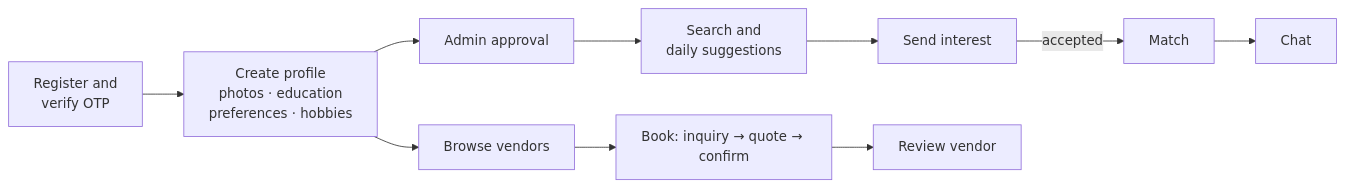
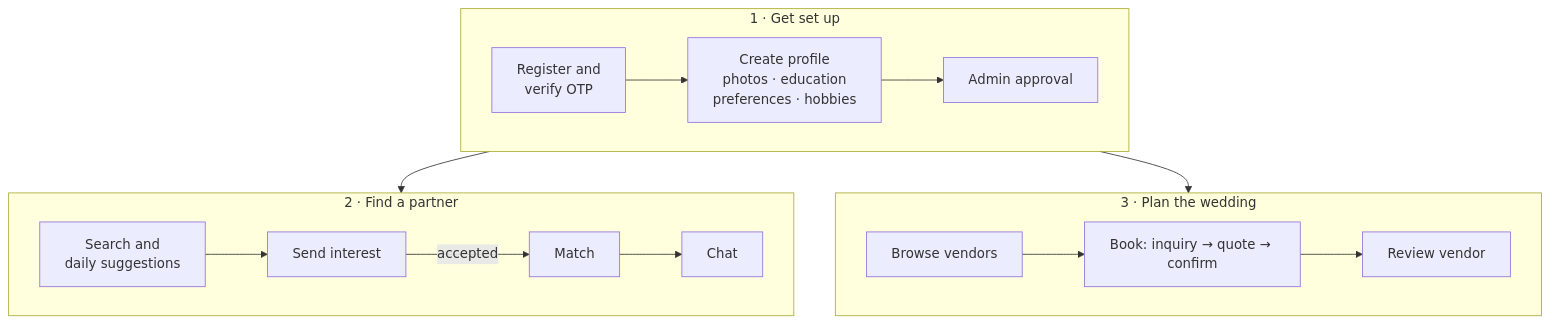
One commit to pank88/HPHIDB changed the first of 2 diagrams in docs/USER_MANUAL.md. Above: the diagram before and after it, drawn with Mermaid. The commit also changed 6 other files, not shown here.

````diff
--- a/docs/USER_MANUAL.md
+++ b/docs/USER_MANUAL.md
@@ -88,12 +88,17 @@
 ```mermaid
-flowchart LR
-    A["Register and<br/>verify OTP"] --> B["Create profile<br/>photos · education<br/>preferences · hobbies"]
-    B --> C["Admin approval"]
-    C --> D["Search and<br/>daily suggestions"]
-    D --> E["Send interest"]
-    E -->|accepted| F["Match"]
-    F --> G["Chat"]
-    B --> H["Browse vendors"]
-    H --> I["Book: inquiry → quote → confirm"]
-    I --> J["Review vendor"]
+flowchart TB
+    subgraph S1["1 · Get set up"]
+        direction LR
+        A["Register and<br/>verify OTP"] --> B["Create profile<br/>photos · education<br/>preferences · hobbies"] --> C["Admin approval"]
+    end
+    subgraph S2["2 · Find a partner"]
+        direction LR
+        D["Search and<br/>daily suggestions"] --> E["Send interest"] -->|accepted| F["Match"] --> G["Chat"]
+    end
+    subgraph S3["3 · Plan the wedding"]
+        direction LR
+        H["Browse vendors"] --> I["Book: inquiry → quote → confirm"] --> J["Review vendor"]
+    end
+    S1 --> S2
+    S1 --> S3
 ```
````
